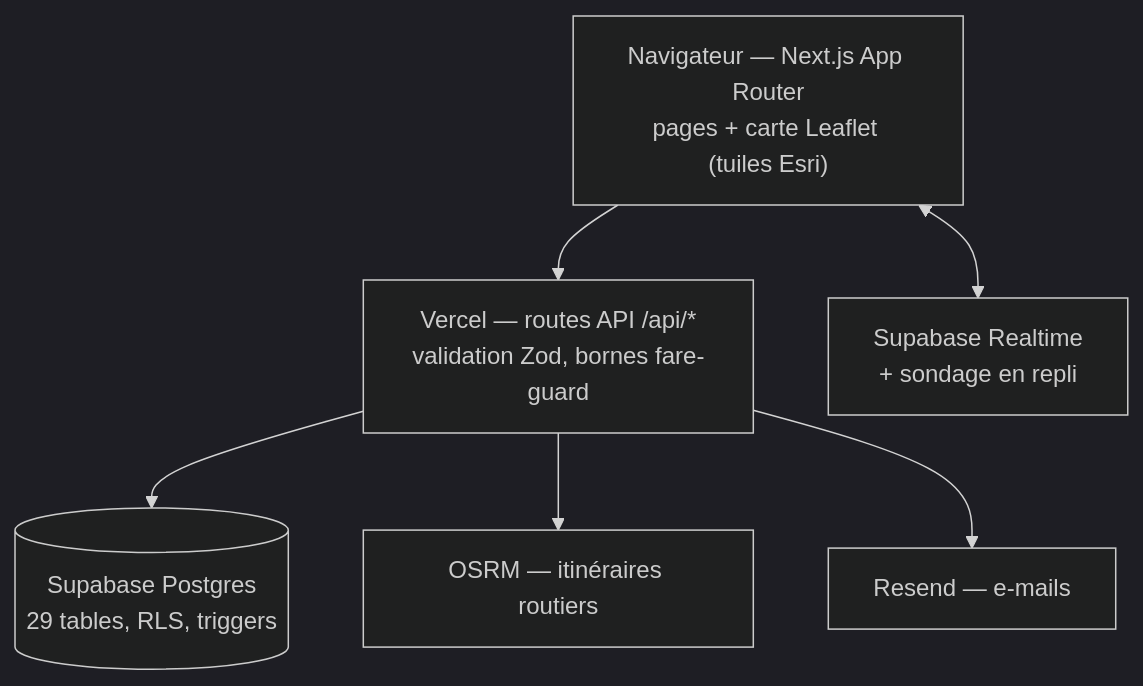
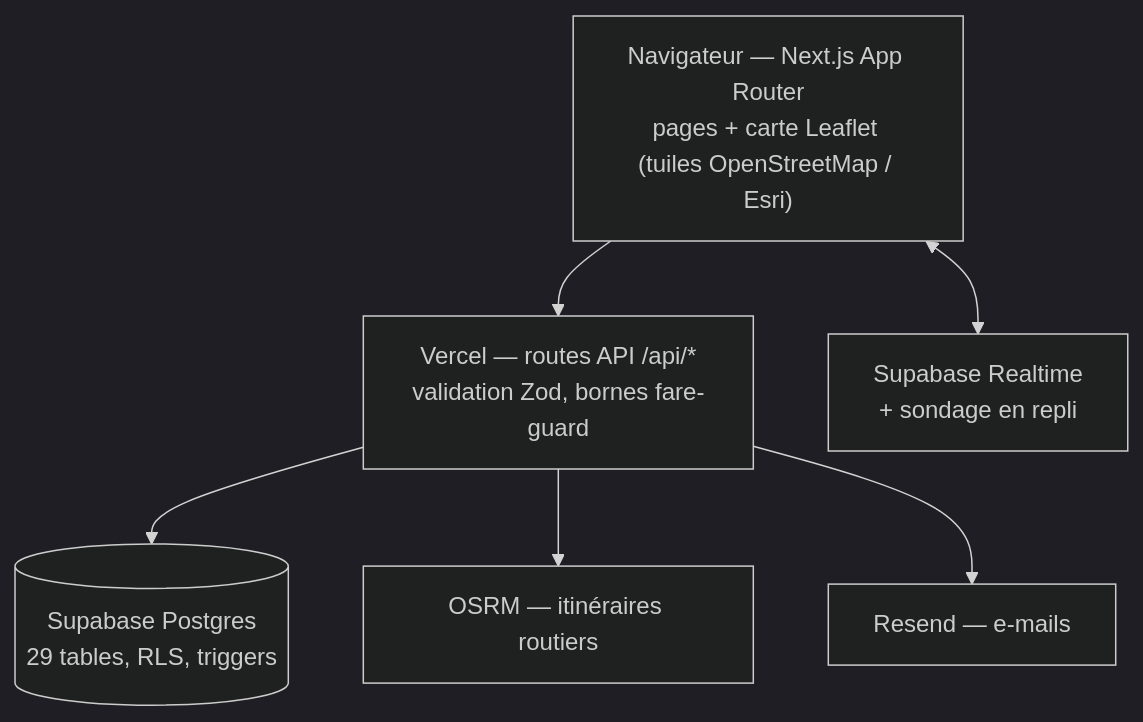
One commit to BVDMANN/Stacks-Drive changed the first of 2 diagrams in README.md. Above: the diagram before and after it, drawn with Mermaid (dark theme). The commit also changed other lines of this file and 27 other files, not shown here.

Commit message:
v2.38-v2.41 : annulation sans motif, carte mobile corrigee, vue admin En direct, carte OpenStreetMap claire

````diff
--- a/README.md
+++ b/README.md
@@ -57,13 +57,13 @@
 ```mermaid
 flowchart TB
-    UI["Navigateur — Next.js App Router<br/>pages + carte Leaflet (tuiles Esri)"]
+    UI["Navigateur — Next.js App Router<br/>pages + carte Leaflet (tuiles OpenStreetMap / Esri)"]
     API["Vercel — routes API /api/*<br/>validation Zod, bornes fare-guard"]
     PG[("Supabase Postgres<br/>29 tables, RLS, triggers")]
     RT["Supabase Realtime<br/>+ sondage en repli"]
     OSRM["OSRM — itinéraires routiers"]
     RESEND["Resend — e-mails"]
     UI --> API --> PG
     UI <--> RT
     API --> OSRM
     API --> RESEND
 ```
````
